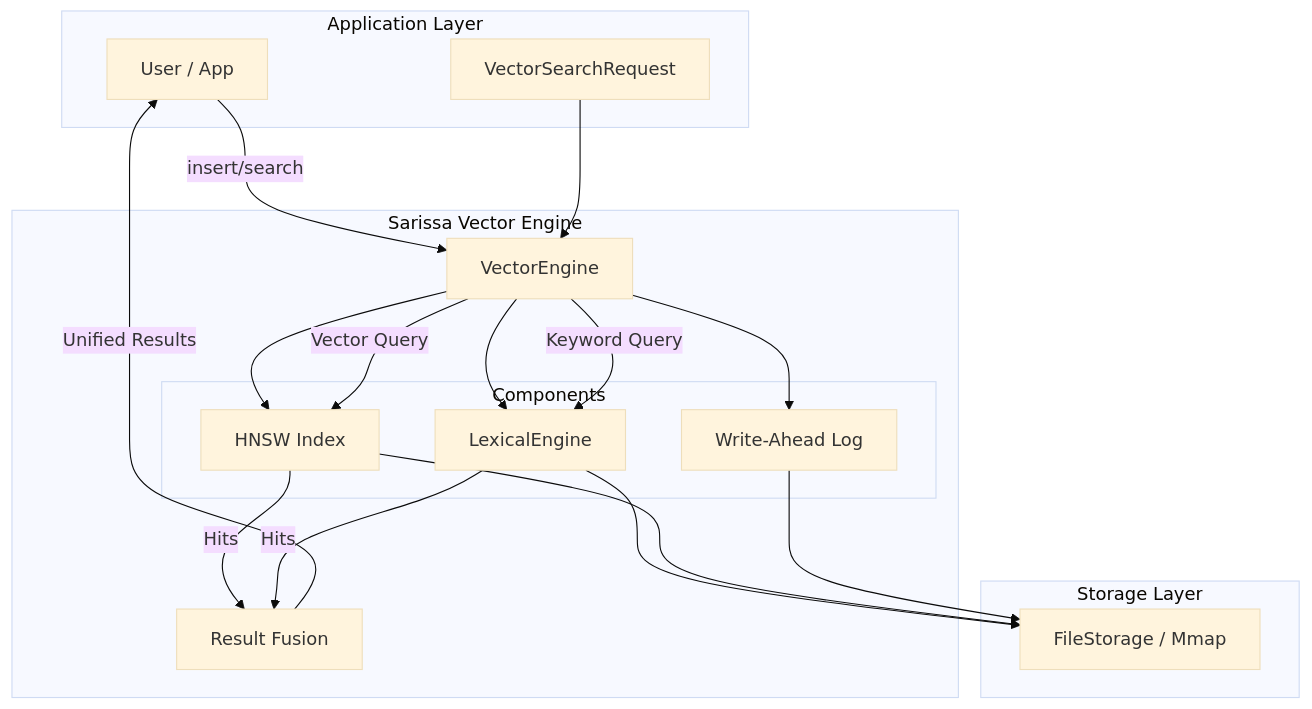
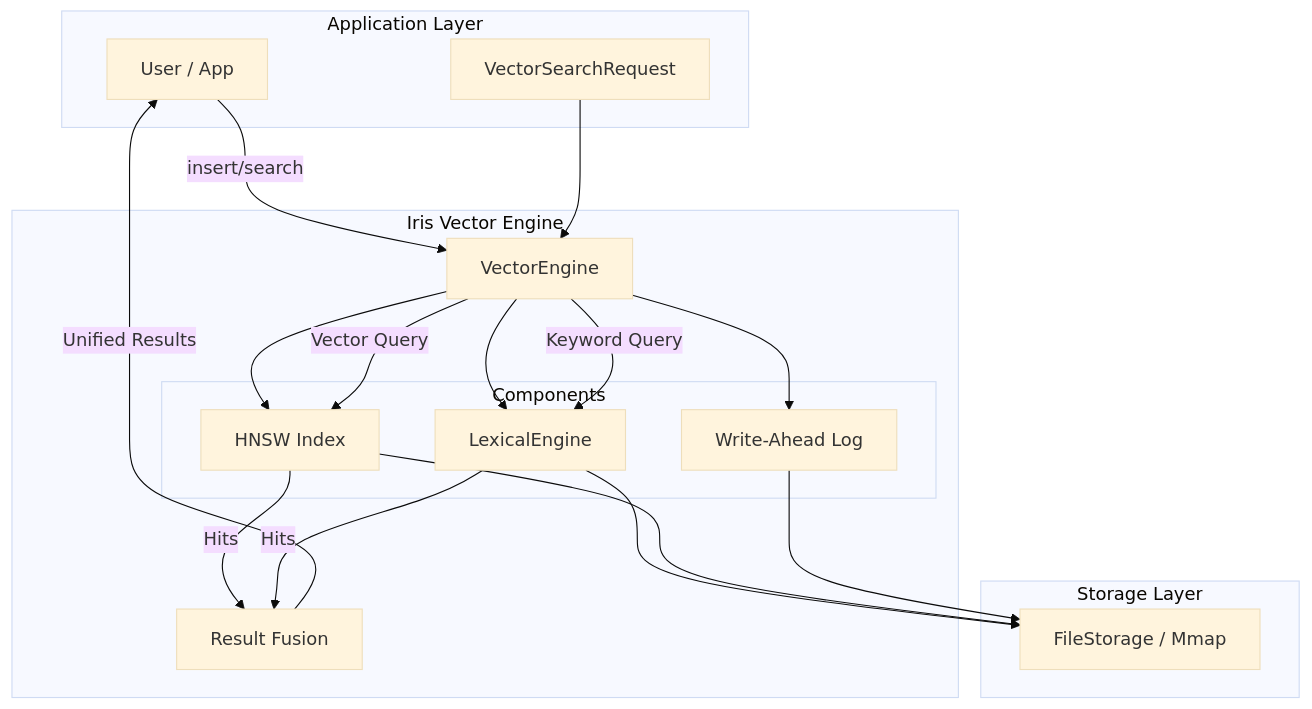
One commit to mosuka/iris changed the diagram in docs/src/concepts/architecture.md. Above: the diagram before and after it, drawn with Mermaid (base theme). The commit also changed other lines of this file and 169 other files, not shown here.

````diff
--- a/docs/src/concepts/architecture.md
+++ b/docs/src/concepts/architecture.md
@@ -21,43 +21,43 @@
 ```mermaid
 graph TD
     subgraph "Application Layer"
         User[User / App]
         Req[VectorSearchRequest]
     end
 
-    subgraph "Sarissa Vector Engine"
+    subgraph "Iris Vector Engine"
         VE[VectorEngine]
         
         subgraph "Components"
             HNSW[HNSW Index]
             Lexical[LexicalEngine]
             WAL[Write-Ahead Log]
         end
         
         Fusion[Result Fusion]
     end
 
     subgraph "Storage Layer"
         FS[FileStorage / Mmap]
     end
 
     %% Flows
     User -->|insert/search| VE
     VE --> HNSW
     VE --> Lexical
     VE --> WAL
 
     Lexical --> FS
     HNSW --> FS
     WAL --> FS
     
     %% Search Flow
     Req --> VE
     VE -->|Vector Query| HNSW
     VE -->|Keyword Query| Lexical
     
     HNSW -->|Hits| Fusion
     Lexical -->|Hits| Fusion
     
     Fusion -->|Unified Results| User
 ```
````
